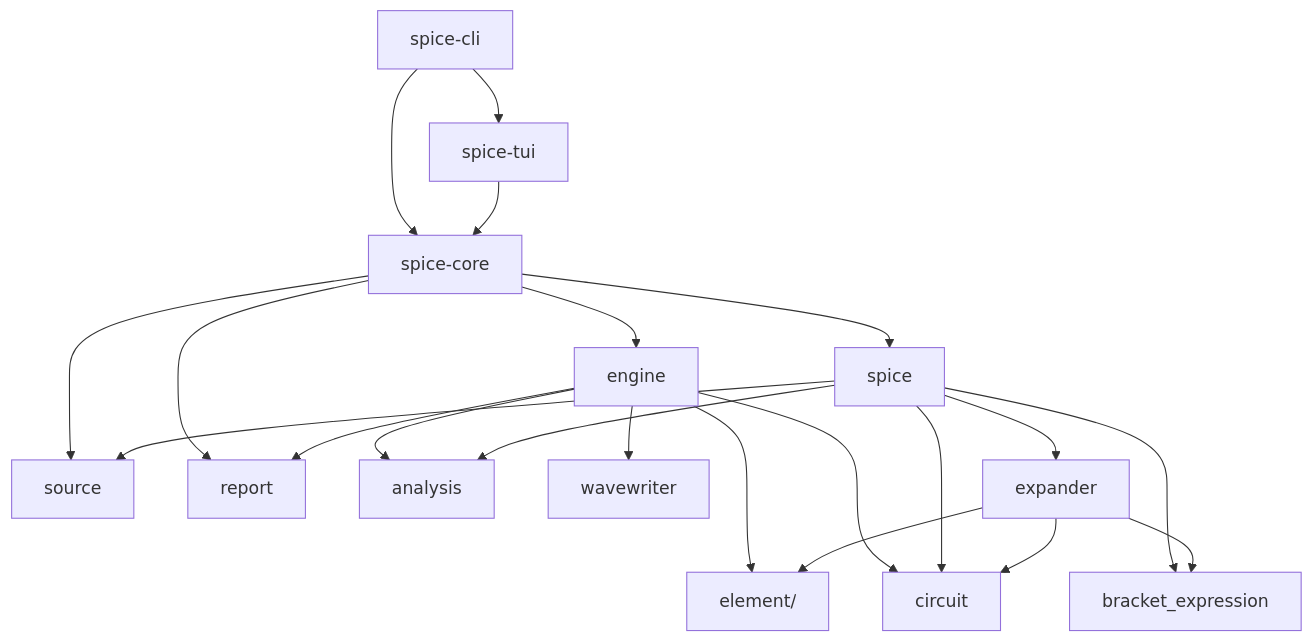
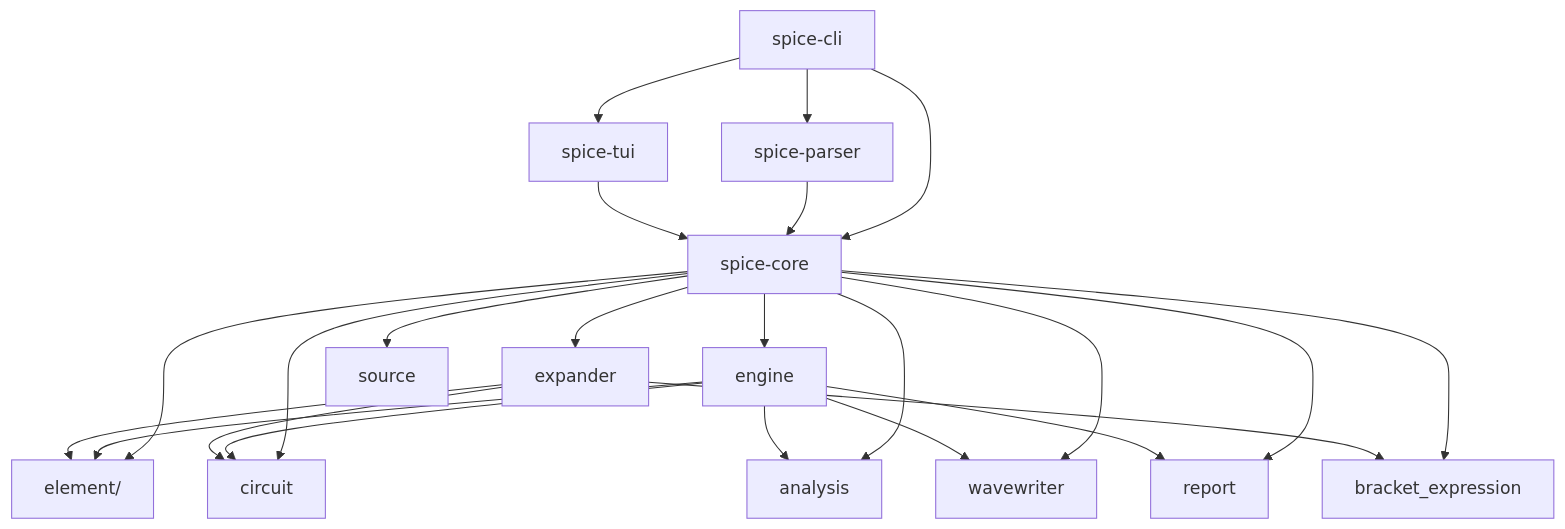
The second of 2 diagrams in docs/src/architecture/overview.md (FleetingLore/tiny-spice-rs), drawn with Mermaid before and after one commit. The commit also changed other lines of this file and 36 other files, not shown here.

Commit message:
seprate parser and refactor spice-core/src/analysis.rs

````diff
--- a/docs/src/architecture/overview.md
+++ b/docs/src/architecture/overview.md
@@ -27,27 +25,28 @@
 ```mermaid
 flowchart TD
     CLI[spice-cli] --> Core[spice-core]
+    CLI --> Parser[spice-parser]
     CLI --> TUI[spice-tui]
+    Parser --> Core
     TUI --> Core
 
     Core --> Engine[engine]
-    Core --> Spice[spice]
+    Core --> Element[element/]
+    Core --> Circuit[circuit]
+    Core --> Expander[expander]
+    Core --> Analysis[analysis]
+    Core --> Wave[wavewriter]
     Core --> Source[source]
     Core --> Report[report]
+    Core --> Bracket[bracket_expression]
 
-    Engine --> Element[element/]
-    Engine --> Circuit[circuit]
-    Engine --> Analysis[analysis]
-    Engine --> Wave[wavewriter]
+    Engine --> Element
+    Engine --> Circuit
+    Engine --> Analysis
+    Engine --> Wave
     Engine --> Report
-
-    Spice --> Circuit
-    Spice --> Analysis
-    Spice --> Bracket[bracket_expression]
-    Spice --> Expander[expander]
-    Spice --> Source
 
     Expander --> Circuit
     Expander --> Element
     Expander --> Bracket
 ```
````
